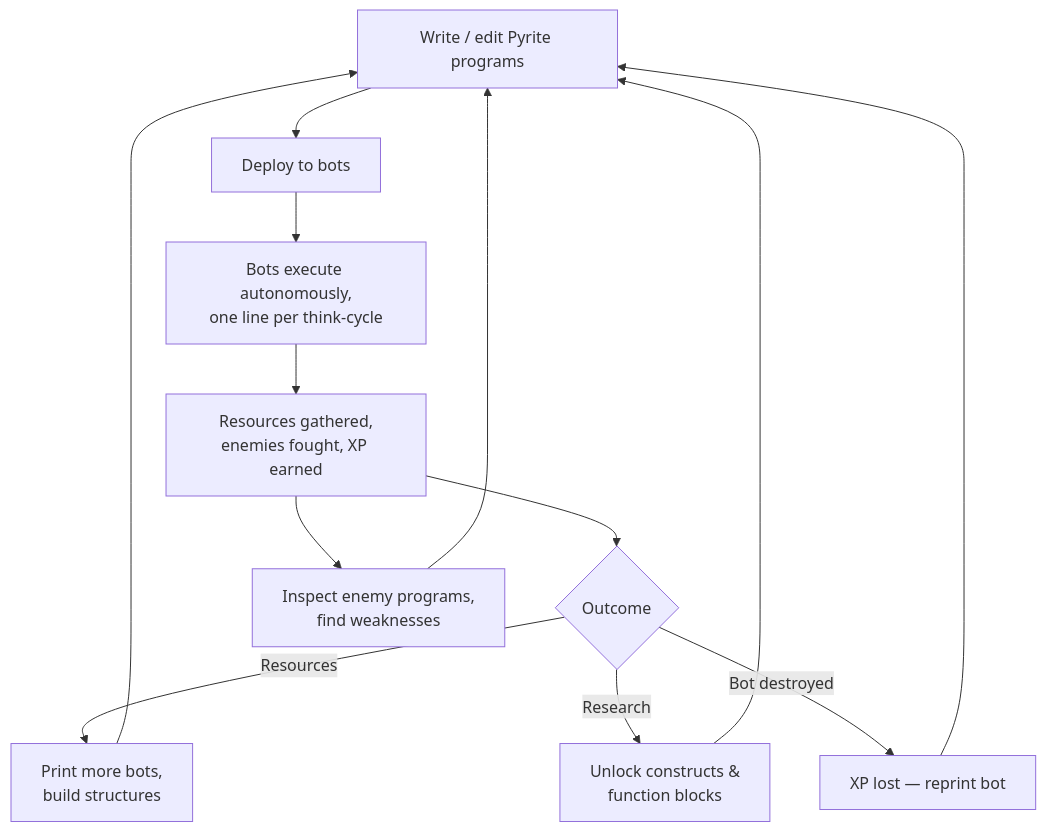
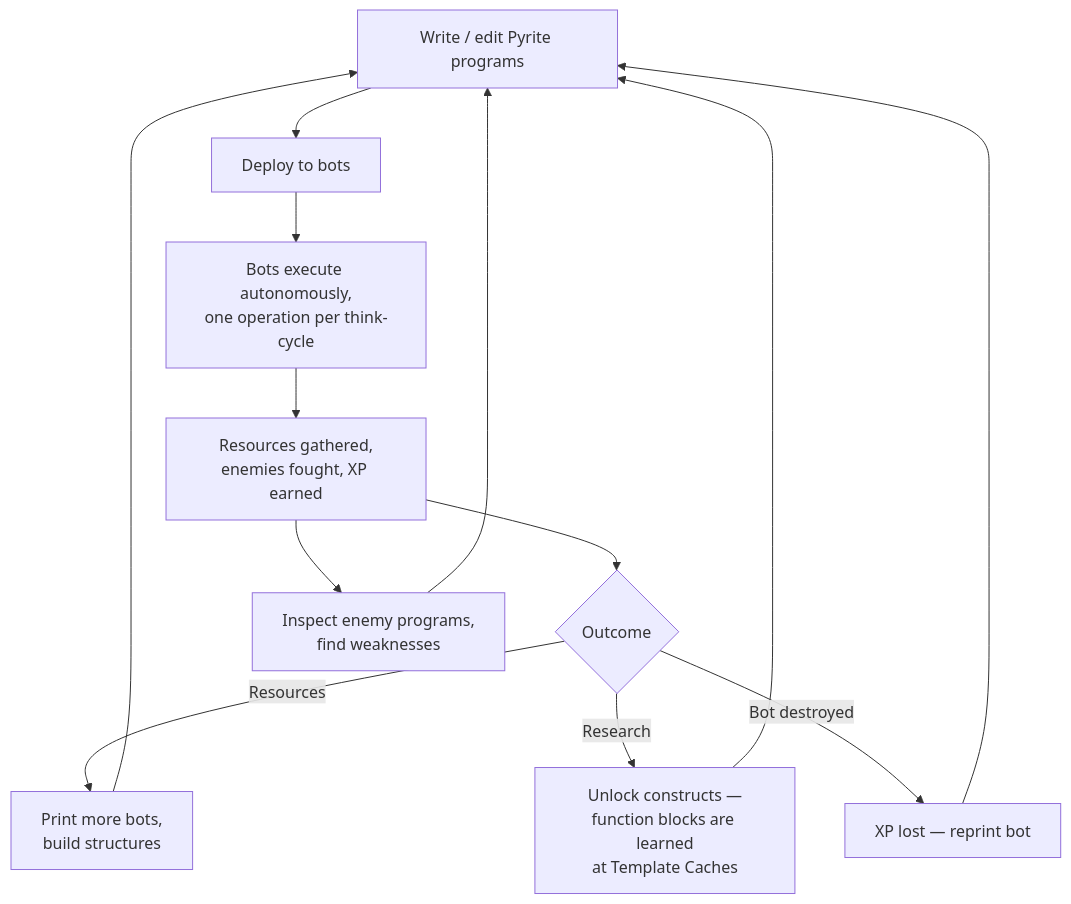
The diagram in docs/00-overview.md (mmmtastymmm/programming-game-planned), drawn with Mermaid before and after one commit. The commit also changed other lines of this file and 8 other files, not shown here.

````diff
--- a/docs/00-overview.md
+++ b/docs/00-overview.md
@@ -19,15 +19,15 @@
 ```mermaid
 flowchart TD
     A[Write / edit Pyrite programs] --> B[Deploy to bots]
-    B --> C[Bots execute autonomously,<br/>one line per think-cycle]
+    B --> C[Bots execute autonomously,<br/>one operation per think-cycle]
     C --> D[Resources gathered,<br/>enemies fought, XP earned]
     D --> E{Outcome}
     E -->|Resources| F[Print more bots,<br/>build structures]
-    E -->|Research| G[Unlock constructs &<br/>function blocks]
+    E -->|Research| G[Unlock constructs —<br/>function blocks are learned<br/>at Template Caches]
     E -->|Bot destroyed| H[XP lost — reprint bot]
     F --> A
     G --> A
     H --> A
     D --> I[Inspect enemy programs,<br/>find weaknesses]
     I --> A
 ```
````
